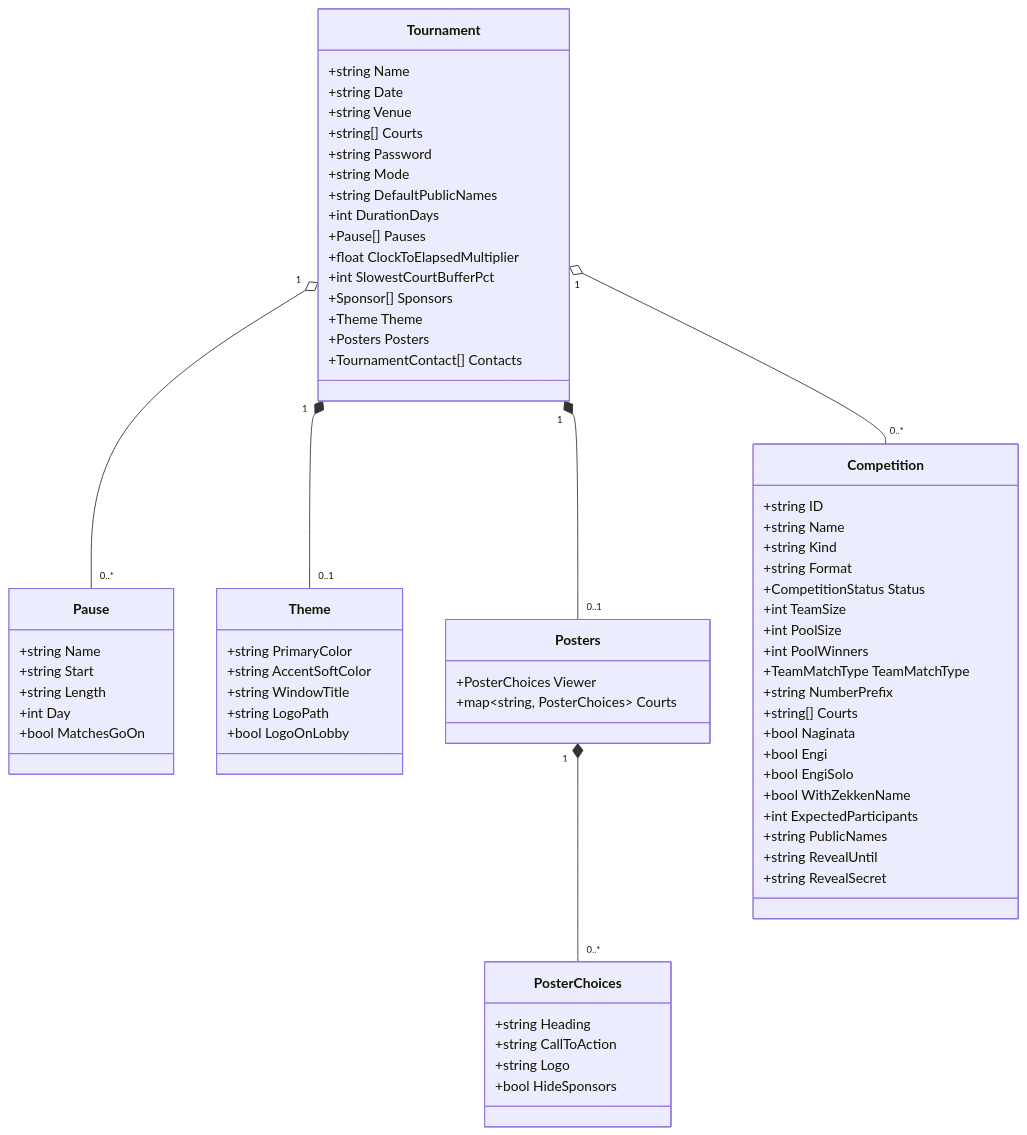
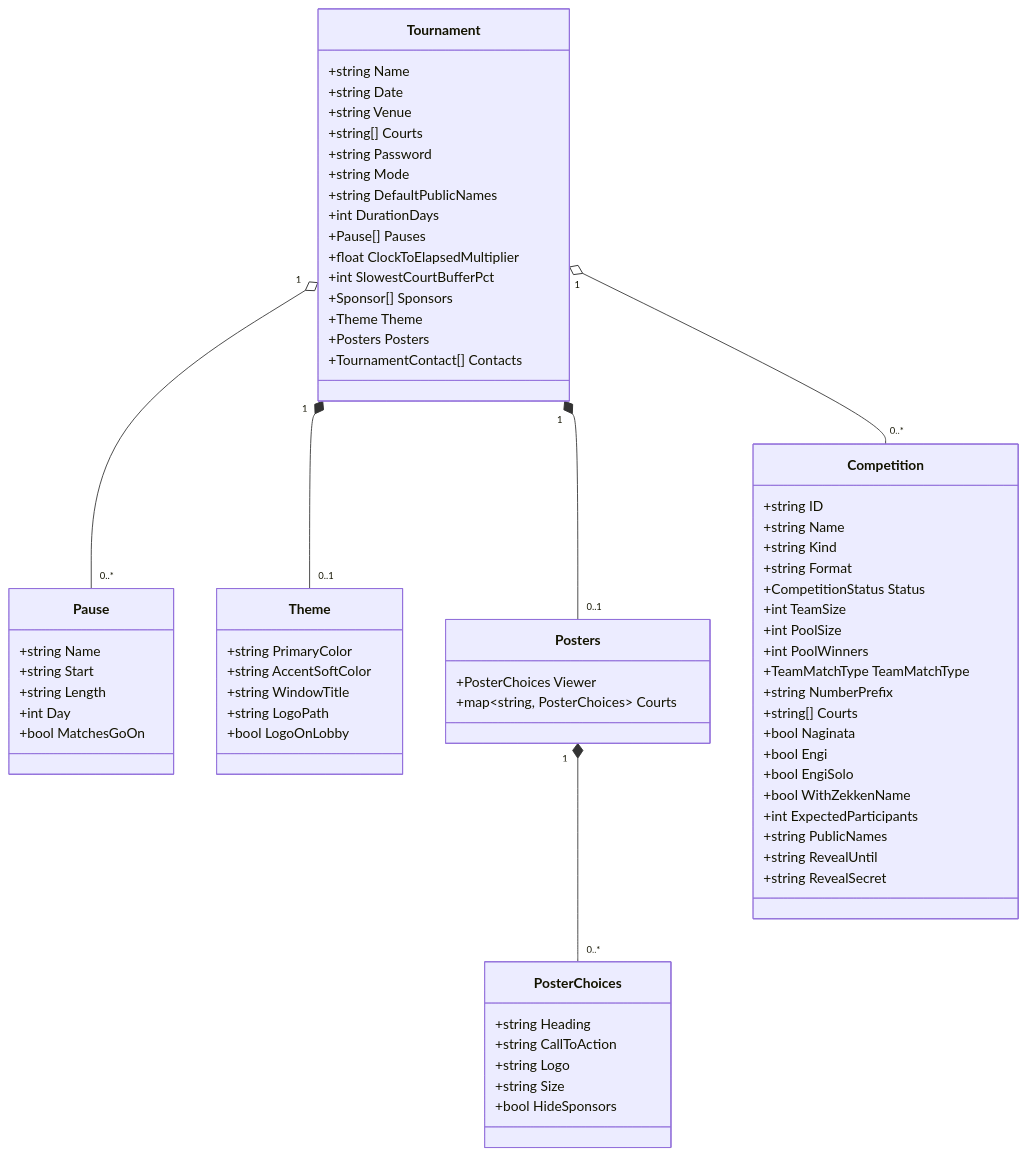
One commit to gitrgoliveira/bracket-creator changed the first of 8 diagrams in docs/architecture/data-model.md. Above: the diagram before and after it, drawn with Mermaid. The commit also changed other lines of this file and 16 other files, not shown here.

````diff
--- a/docs/architecture/data-model.md
+++ b/docs/architecture/data-model.md
@@ -43,78 +43,79 @@
 ```mermaid
 classDiagram
     direction TB
 
     class Tournament {
         +string Name
         +string Date
         +string Venue
         +string[] Courts
         +string Password
         +string Mode
         +string DefaultPublicNames
         +int DurationDays
         +Pause[] Pauses
         +float ClockToElapsedMultiplier
         +int SlowestCourtBufferPct
         +Sponsor[] Sponsors
         +Theme Theme
         +Posters Posters
         +TournamentContact[] Contacts
     }
 
     class Pause {
         +string Name
         +string Start
         +string Length
         +int Day
         +bool MatchesGoOn
     }
 
     class Theme {
         +string PrimaryColor
         +string AccentSoftColor
         +string WindowTitle
         +string LogoPath
         +bool LogoOnLobby
     }
 
     class Posters {
         +PosterChoices Viewer
         +map~string, PosterChoices~ Courts
     }
 
     class PosterChoices {
         +string Heading
         +string CallToAction
         +string Logo
+        +string Size
         +bool HideSponsors
     }
 
     class Competition {
         +string ID
         +string Name
         +string Kind
         +string Format
         +CompetitionStatus Status
         +int TeamSize
         +int PoolSize
         +int PoolWinners
         +TeamMatchType TeamMatchType
         +string NumberPrefix
         +string[] Courts
         +bool Naginata
         +bool Engi
         +bool EngiSolo
         +bool WithZekkenName
         +int ExpectedParticipants
         +string PublicNames
         +string RevealUntil
         +string RevealSecret
     }
 
     Tournament "1" o-- "0..*" Competition
     Tournament "1" o-- "0..*" Pause
     Tournament "1" *-- "0..1" Theme
     Tournament "1" *-- "0..1" Posters
     Posters "1" *-- "0..*" PosterChoices
 ```
````
